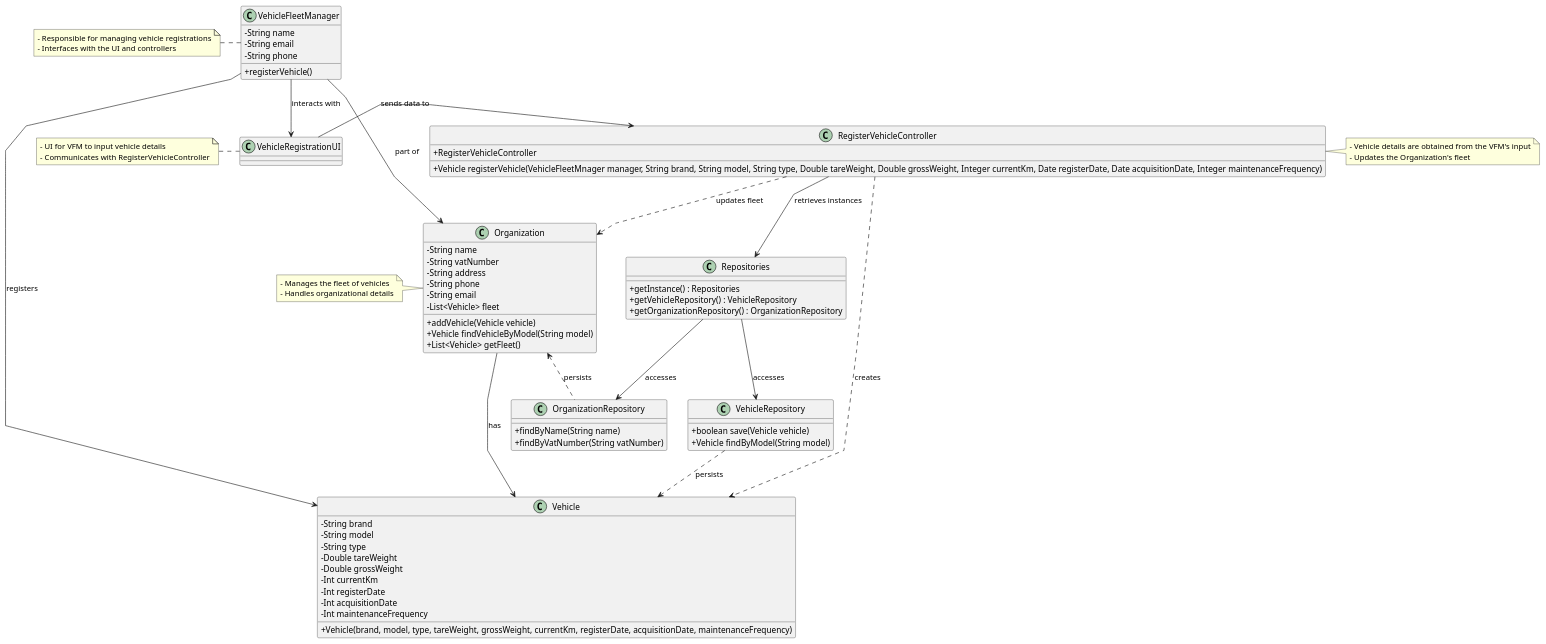
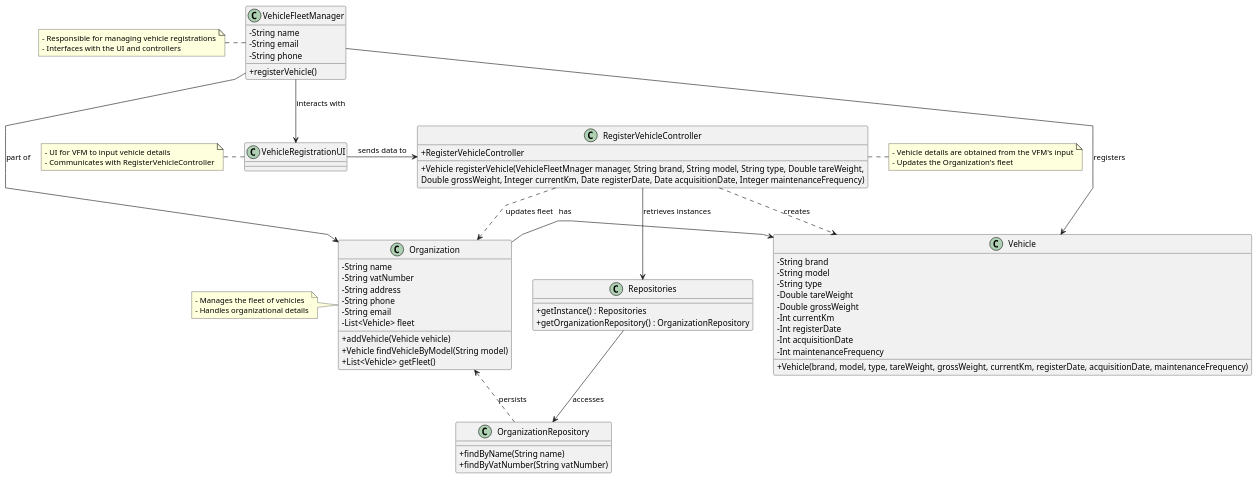
Before and after one commit to tiagosoa/lei-24-s2-1dgh-g073: the diagram in docs/sprint2/us006/03.design/puml/us006-class-diagram.puml, drawn with PlantUML. The commit also changed 1 other file, not shown here.

Commit message:
us006 sequence diagram done and class diagram actualized

```diff
--- a/docs/sprint2/us006/03.design/puml/us006-class-diagram.puml
+++ b/docs/sprint2/us006/03.design/puml/us006-class-diagram.puml
@@ -2,100 +2,94 @@
 @startuml
 'skinparam monochrome true
 skinparam packageStyle rectangle
 skinparam shadowing false
 skinparam linetype polyline
 skinparam classAttributeIconSize 0
 
 class VehicleFleetManager {
   - String name
   - String email
   - String phone
   + registerVehicle()
 }
 
 class Vehicle {
   - String brand
   - String model
   - String type
   - Double tareWeight
   - Double grossWeight
   - Int currentKm
   - Int registerDate
   - Int acquisitionDate
   - Int maintenanceFrequency
   + Vehicle(brand, model, type, tareWeight, grossWeight, currentKm, registerDate, acquisitionDate, maintenanceFrequency)
 }
 
-class VehicleRepository {
-  + boolean save(Vehicle vehicle)
-  + Vehicle findByModel(String model)
-}
 
 class Organization {
   - String name
   - String vatNumber
   - String address
   - String phone
   - String email
   - List<Vehicle> fleet
   + addVehicle(Vehicle vehicle)
   + Vehicle findVehicleByModel(String model)
   + List<Vehicle> getFleet()
 }
 
 class OrganizationRepository {
   + findByName(String name)
   + findByVatNumber(String vatNumber)
 }
 
 class Repositories {
   + getInstance() : Repositories
-  + getVehicleRepository() : VehicleRepository
   + getOrganizationRepository() : OrganizationRepository
 }
 
 class RegisterVehicleController {
   + RegisterVehicleController
-  + Vehicle registerVehicle(VehicleFleetMnager manager, String brand, String model, String type, Double tareWeight, Double grossWeight, Integer currentKm, Date registerDate, Date acquisitionDate, Integer maintenanceFrequency)
+  + Vehicle registerVehicle(VehicleFleetMnager manager, String brand, String model, String type, Double tareWeight,
+  Double grossWeight, Integer currentKm, Date registerDate, Date acquisitionDate, Integer maintenanceFrequency)
 }
 
 class VehicleRegistrationUI {
 
 }
 
 note right of RegisterVehicleController
   - Vehicle details are obtained from the VFM's input
   - Updates the Organization's fleet
 end note
 
 note left of VehicleRegistrationUI
   - UI for VFM to input vehicle details
   - Communicates with RegisterVehicleController
 end note
 
 note left of Organization
   - Manages the fleet of vehicles
   - Handles organizational details
 end note
 
 note left of VehicleFleetManager
   - Responsible for managing vehicle registrations
   - Interfaces with the UI and controllers
 end note
 
 VehicleFleetManager -down-> VehicleRegistrationUI : interacts with
 VehicleRegistrationUI -right-> RegisterVehicleController : sends data to
 RegisterVehicleController -down-> Repositories : retrieves instances
-Repositories -down-> VehicleRepository : accesses
 Repositories -down-> OrganizationRepository : accesses
 Organization -right-> Vehicle : has
 OrganizationRepository .left.> Organization : persists
 
 VehicleFleetManager -down-> Organization : part of
 VehicleFleetManager -down-> Vehicle : registers
 
-VehicleRepository ..> Vehicle : persists
 RegisterVehicleController ..> Vehicle : creates
 RegisterVehicleController ..> Organization : updates fleet
 
 @enduml
```
